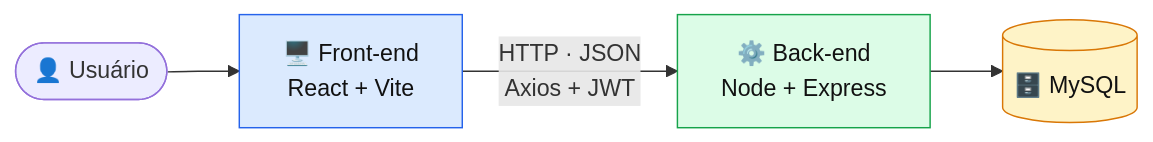
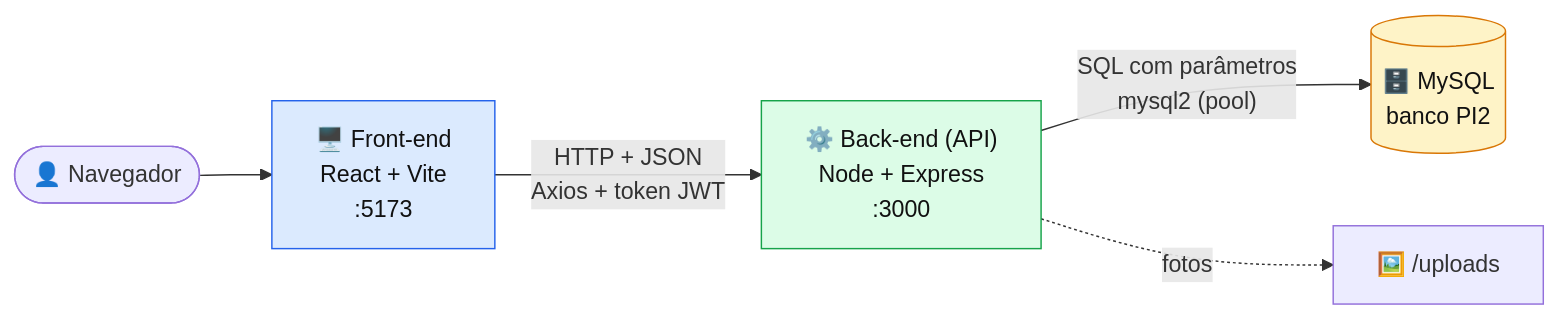
Before and after one commit to Protagonistas-ADS/PI-2: the fifth of 15 diagrams in README.md, drawn with Mermaid. The commit also changed other lines of this file, not shown here.

Commit message:
docs(readme): reescrever o README com visão completa do projeto

````diff
--- a/README.md
+++ b/README.md
@@ -185,10 +311,11 @@
 ```mermaid
 flowchart LR
-    U([👤 Usuário]) --> F["🖥️ Front-end<br/>React + Vite"]
-    F -- "HTTP · JSON<br/>Axios + JWT" --> B["⚙️ Back-end<br/>Node + Express"]
-    B --> DB[("🗄️ MySQL")]
+    U(["👤 Navegador"]) --> F["🖥️ Front-end<br/>React + Vite<br/>:5173"]
+    F -- "HTTP + JSON<br/>Axios + token JWT" --> B["⚙️ Back-end (API)<br/>Node + Express<br/>:3000"]
+    B -- "SQL com parâmetros<br/>mysql2 (pool)" --> DB[("🗄️ MySQL<br/>banco PI2")]
+    B -. "fotos" .-> UP["🖼️ /uploads"]
 
     style F fill:#dbeafe,stroke:#2563eb,color:#111
     style B fill:#dcfce7,stroke:#16a34a,color:#111
     style DB fill:#fef3c7,stroke:#d97706,color:#111
 ```
````
